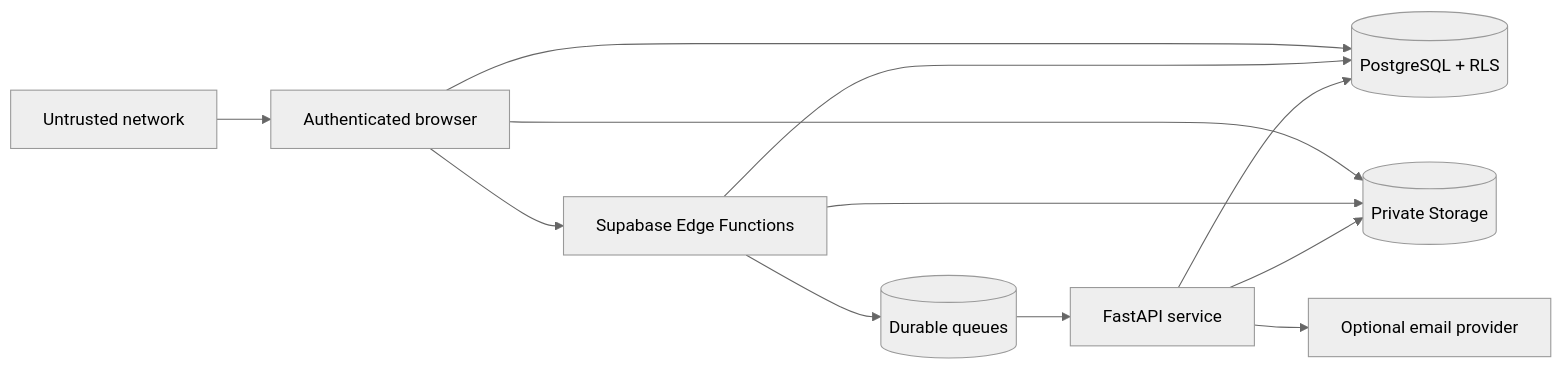
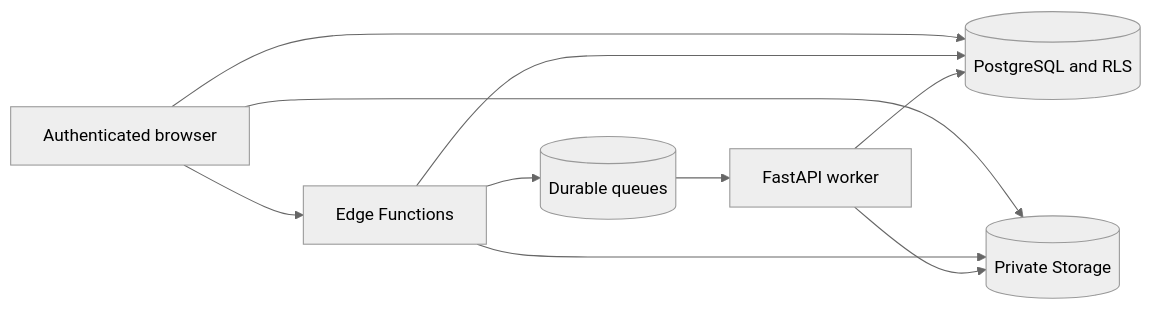
The diagram in SECURITY.md (Kartikm09/supplier-compliance-workspace), drawn with Mermaid (neutral theme) before and after one commit. The commit also changed other lines of this file and 18 other files, not shown here.

````diff
--- a/SECURITY.md
+++ b/SECURITY.md
@@ -22,23 +24,19 @@
 ```mermaid
 flowchart LR
-    Internet[Untrusted network]
     Browser[Authenticated browser]
-    Edge[Supabase Edge Functions]
-    DB[(PostgreSQL + RLS)]
+    Edge[Edge Functions]
+    DB[(PostgreSQL and RLS)]
     Storage[(Private Storage)]
     Queue[(Durable queues)]
-    API[FastAPI service]
-    Provider[Optional email provider]
+    API[FastAPI worker]
 
-    Internet --> Browser
     Browser --> Edge
     Browser --> DB
     Browser --> Storage
     Edge --> DB
     Edge --> Storage
     Edge --> Queue
     Queue --> API
     API --> DB
     API --> Storage
-    API --> Provider
 ```
````
